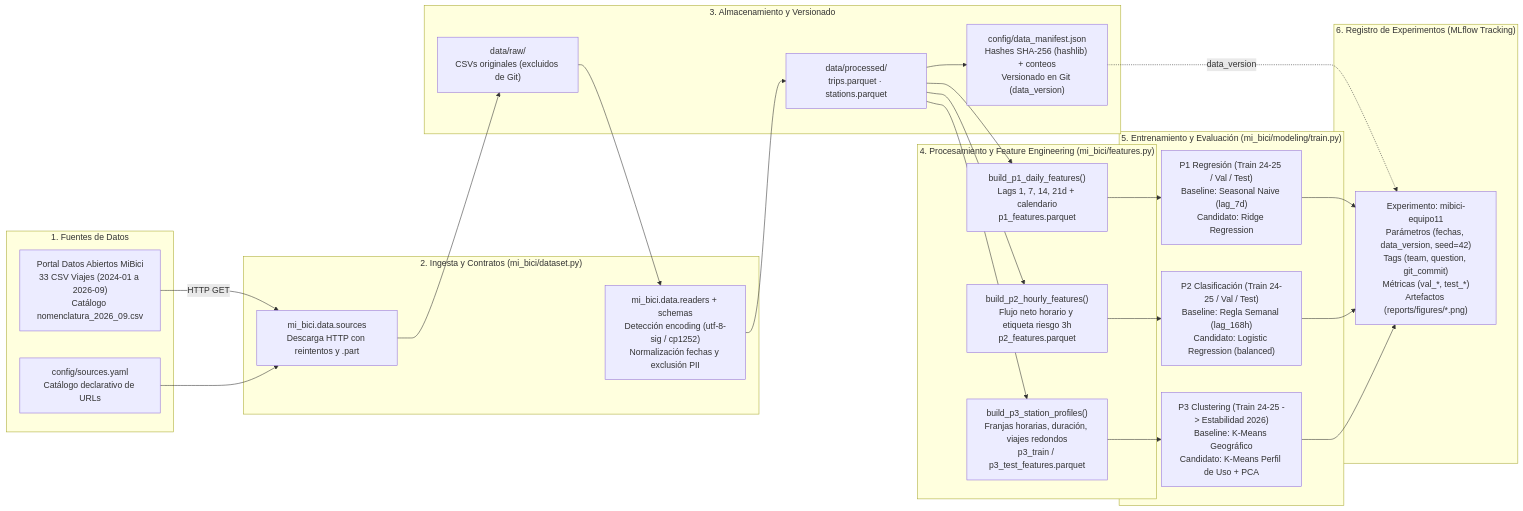
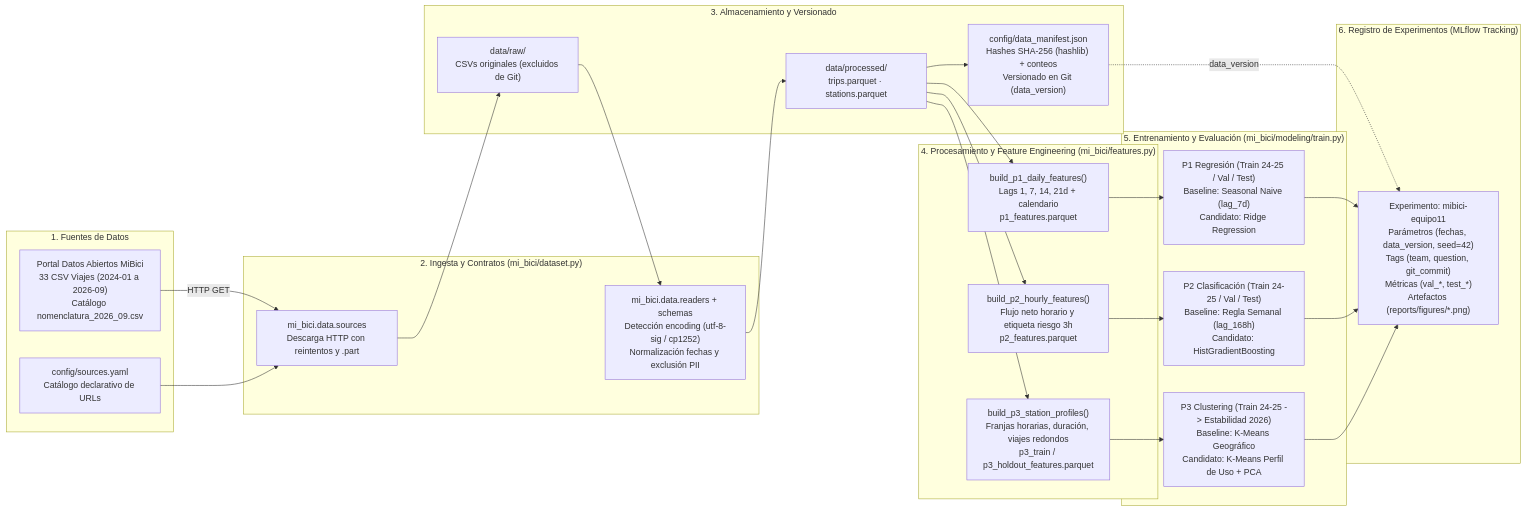
The diagram in references/architecture/architecture.md (oscartrix/TC5061-Proyecto-Equipo11), drawn with Mermaid before and after one commit. The commit also changed other lines of this file and 3 other files, not shown here.

````diff
--- a/references/architecture/architecture.md
+++ b/references/architecture/architecture.md
@@ -11,47 +11,47 @@
 ```mermaid
 flowchart LR
     subgraph fuentes["1. Fuentes de Datos"]
         portal["Portal Datos Abiertos MiBici<br/>33 CSV Viajes (2024-01 a 2026-09)<br/>Catálogo nomenclatura_2026_09.csv"]
         yaml["config/sources.yaml<br/>Catálogo declarativo de URLs"]
     end
 
     subgraph ingesta["2. Ingesta y Contratos (mi_bici/dataset.py)"]
         src["mi_bici.data.sources<br/>Descarga HTTP con reintentos y .part"]
         read["mi_bici.data.readers + schemas<br/>Detección encoding (utf-8-sig / cp1252)<br/>Normalización fechas y exclusión PII"]
     end
 
     subgraph storage["3. Almacenamiento y Versionado"]
         raw["data/raw/<br/>CSVs originales (excluidos de Git)"]
         parquet["data/processed/<br/>trips.parquet · stations.parquet"]
         manifest["config/data_manifest.json<br/>Hashes SHA-256 (hashlib) + conteos<br/>Versionado en Git (data_version)"]
     end
 
     subgraph feat["4. Procesamiento y Feature Engineering (mi_bici/features.py)"]
         fp1["build_p1_daily_features()<br/>Lags 1, 7, 14, 21d + calendario<br/>p1_features.parquet"]
         fp2["build_p2_hourly_features()<br/>Flujo neto horario y etiqueta riesgo 3h<br/>p2_features.parquet"]
-        fp3["build_p3_station_profiles()<br/>Franjas horarias, duración, viajes redondos<br/>p3_train / p3_test_features.parquet"]
+        fp3["build_p3_station_profiles()<br/>Franjas horarias, duración, viajes redondos<br/>p3_train / p3_holdout_features.parquet"]
     end
 
     subgraph train["5. Entrenamiento y Evaluación (mi_bici/modeling/train.py)"]
         mp1["P1 Regresión (Train 24-25 / Val / Test)<br/>Baseline: Seasonal Naive (lag_7d)<br/>Candidato: Ridge Regression"]
-        mp2["P2 Clasificación (Train 24-25 / Val / Test)<br/>Baseline: Regla Semanal (lag_168h)<br/>Candidato: Logistic Regression (balanced)"]
+        mp2["P2 Clasificación (Train 24-25 / Val / Test)<br/>Baseline: Regla Semanal (lag_168h)<br/>Candidato: HistGradientBoosting"]
         mp3["P3 Clustering (Train 24-25 -> Estabilidad 2026)<br/>Baseline: K-Means Geográfico<br/>Candidato: K-Means Perfil de Uso + PCA"]
     end
 
     subgraph tracking["6. Registro de Experimentos (MLflow Tracking)"]
         mlf["Experimento: mibici-equipo11<br/>Parámetros (fechas, data_version, seed=42)<br/>Tags (team, question, git_commit)<br/>Métricas (val_*, test_*)<br/>Artefactos (reports/figures/*.png)"]
     end
 
     portal -->|HTTP GET| src
     yaml --> src
     src --> raw
     raw --> read
     read --> parquet
     parquet --> manifest
     parquet --> fp1 & fp2 & fp3
     fp1 --> mp1
     fp2 --> mp2
     fp3 --> mp3
     manifest -.->|data_version| mlf
     mp1 & mp2 & mp3 --> mlf
 ```
````
